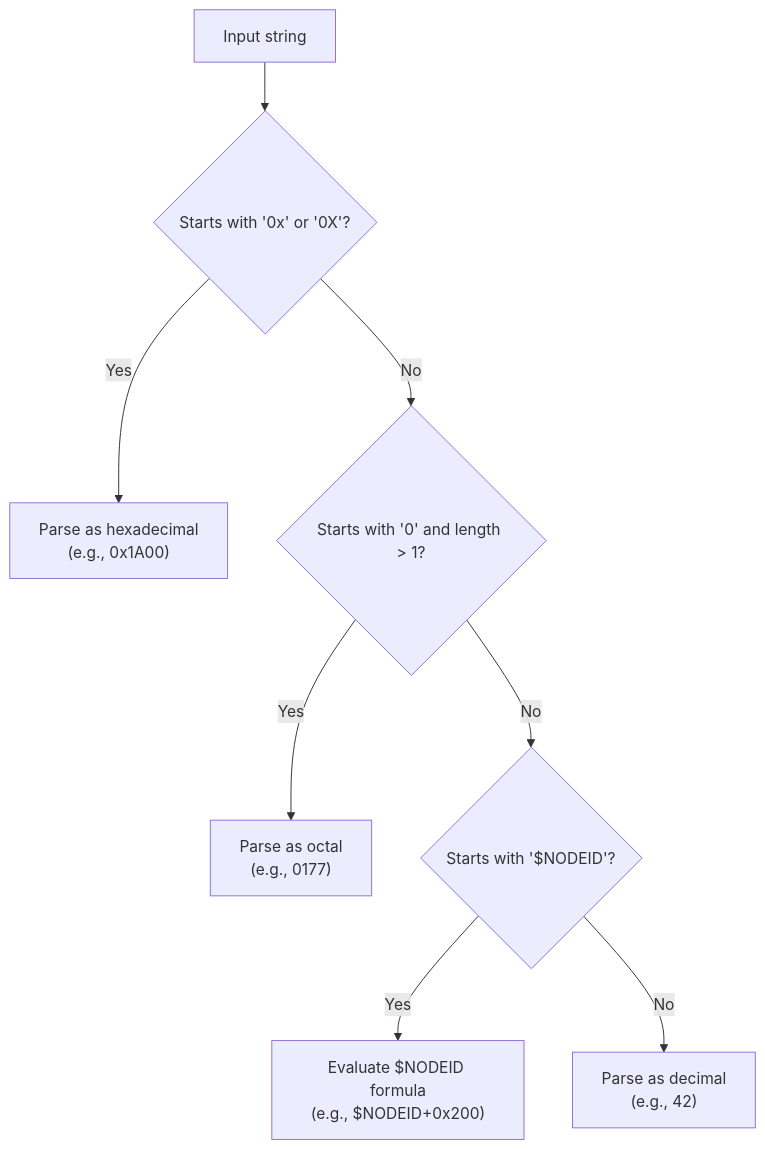
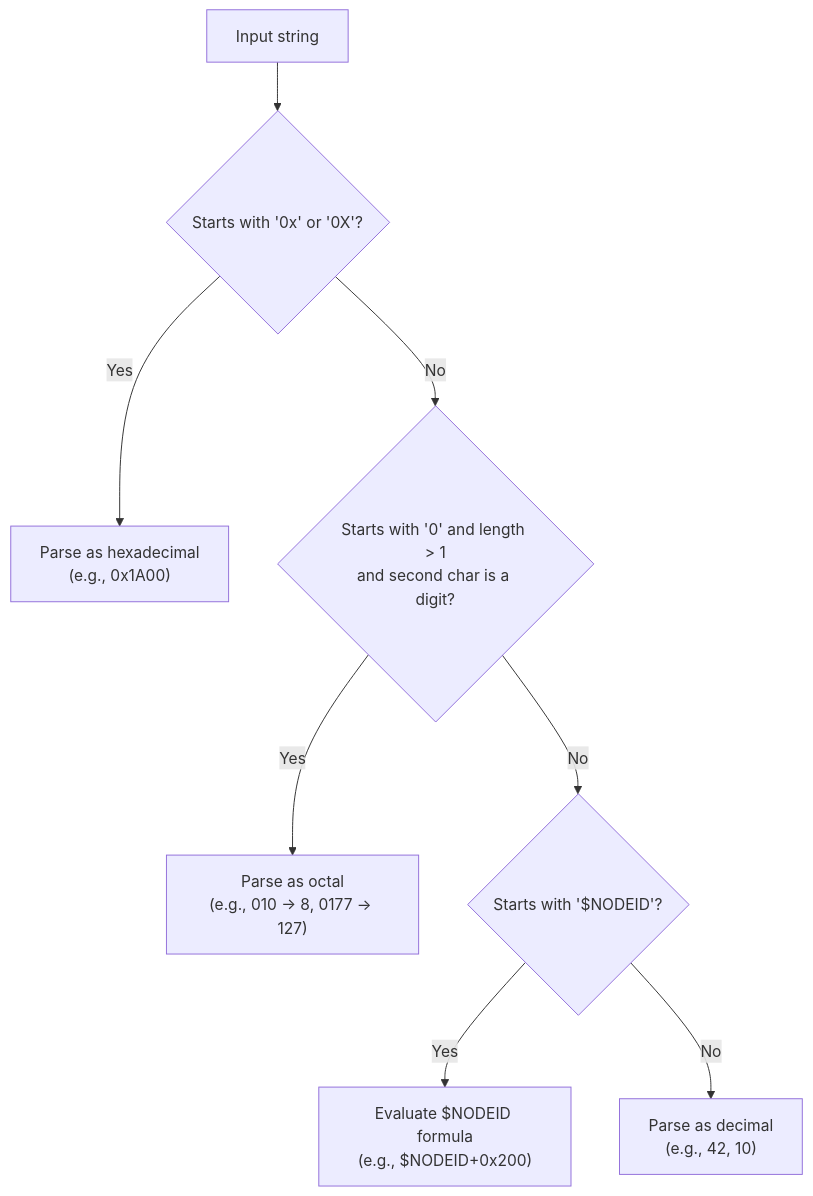
Before and after one commit to dborgards/eds-dcf-net: the second of 5 diagrams in docs/architecture/08-crosscutting-concepts.md, drawn with Mermaid. The commit also changed other lines of this file and 6 other files, not shown here.

````diff
--- a/docs/architecture/08-crosscutting-concepts.md
+++ b/docs/architecture/08-crosscutting-concepts.md
@@ -83,10 +84,10 @@
 ```mermaid
 flowchart TD
     A["Input string"] --> B{"Starts with '0x' or '0X'?"}
     B -->|Yes| C["Parse as hexadecimal<br/>(e.g., 0x1A00)"]
-    B -->|No| D{"Starts with '0' and length > 1?"}
-    D -->|Yes| E["Parse as octal<br/>(e.g., 0177)"]
+    B -->|No| D{"Starts with '0' and length > 1<br/>and second char is a digit?"}
+    D -->|Yes| E["Parse as octal<br/>(e.g., 010 → 8, 0177 → 127)"]
     D -->|No| F{"Starts with '$NODEID'?"}
     F -->|Yes| G["Evaluate $NODEID formula<br/>(e.g., $NODEID+0x200)"]
-    F -->|No| H["Parse as decimal<br/>(e.g., 42)"]
+    F -->|No| H["Parse as decimal<br/>(e.g., 42, 10)"]
 ```
````
